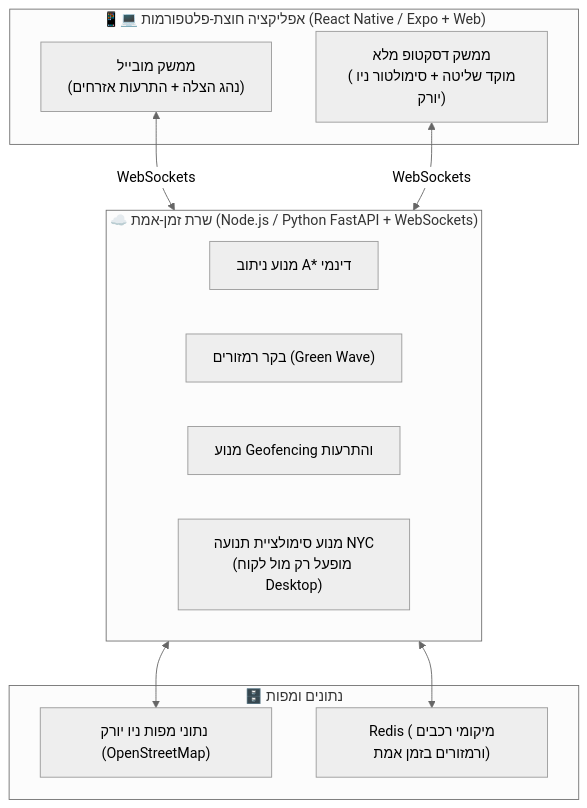
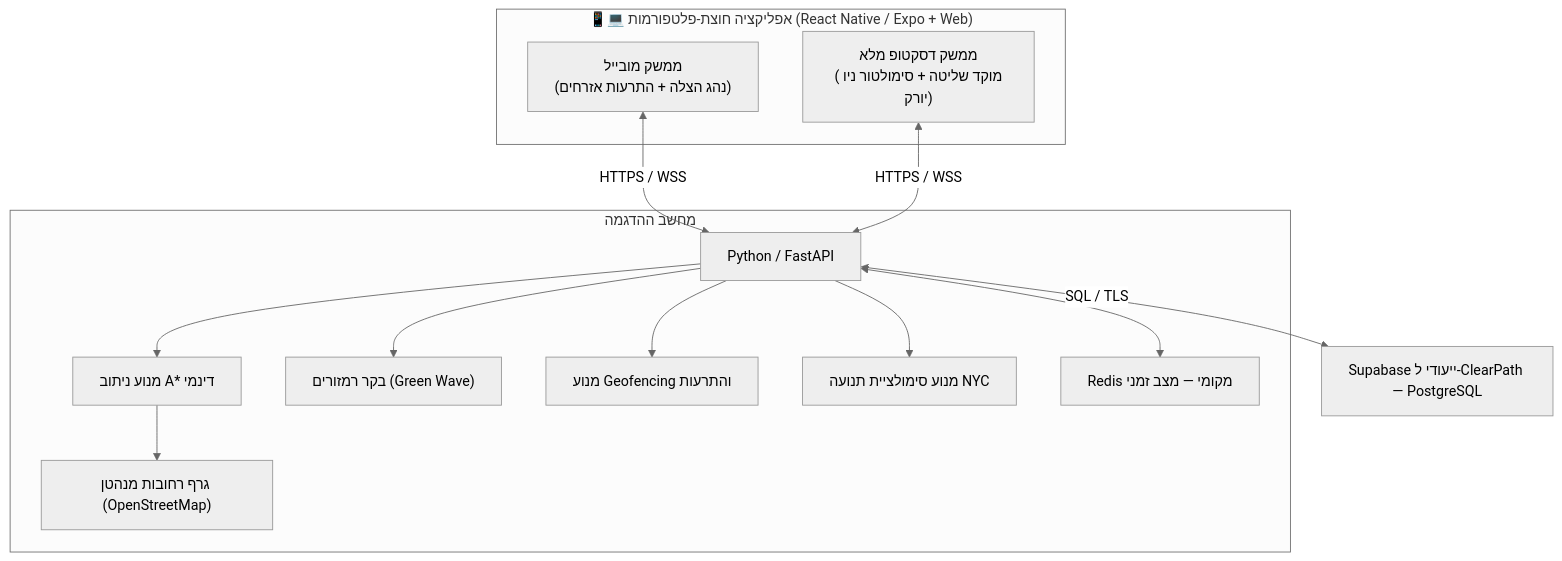
Before and after one commit to megidocs/HackatonIntel: the diagram in docs/specification.md, drawn with Mermaid (neutral theme). The commit also changed other lines of this file and 1 other file, not shown here.

Commit message:
Document ClearPath backend and demo deployment

````diff
--- a/docs/specification.md
+++ b/docs/specification.md
@@ -84,23 +84,26 @@
 ```mermaid
 flowchart TD
     subgraph Client_CrossPlatform["📱💻 אפליקציה חוצת-פלטפורמות (React Native / Expo + Web)"]
         MobileUI["ממשק מובייל<br/>(נהג הצלה + התרעות אזרחים)"]
         DesktopUI["ממשק דסקטופ מלא<br/>(מוקד שליטה + סימולטור ניו יורק)"]
     end
 
-    subgraph Backend["☁️ שרת זמן-אמת (Node.js / Python FastAPI + WebSockets)"]
+    subgraph Backend["מחשב ההדגמה"]
+        API["Python / FastAPI"]
         Router["מנוע ניתוב A* דינמי"]
         SignalCtrl["בקר רמזורים (Green Wave)"]
         GeoEngine["מנוע Geofencing והתרעות"]
-        NYCSim["מנוע סימולציית תנועה NYC<br/>(מופעל רק מול לקוח Desktop)"]
+        NYCSim["מנוע סימולציית תנועה NYC"]
+        OSM["גרף רחובות מנהטן (OpenStreetMap)"]
+        Redis["Redis מקומי — מצב זמני"]
     end
 
-    subgraph Data["🗄️ נתונים ומפות"]
-        OSM["נתוני מפות ניו יורק (OpenStreetMap)"]
-        Redis["Redis (מיקומי רכבים ורמזורים בזמן אמת)"]
-    end
+    Database["Supabase ייעודי ל-ClearPath — PostgreSQL"]
 
-    MobileUI <-->|WebSockets| Backend
-    DesktopUI <-->|WebSockets| Backend
-    Backend <--> OSM & Redis
+    MobileUI <-->|HTTPS / WSS| API
+    DesktopUI <-->|HTTPS / WSS| API
+    API --> Router & SignalCtrl & GeoEngine & NYCSim
+    Router --> OSM
+    API <--> Redis
+    API <-->|SQL / TLS| Database
 ```
````
